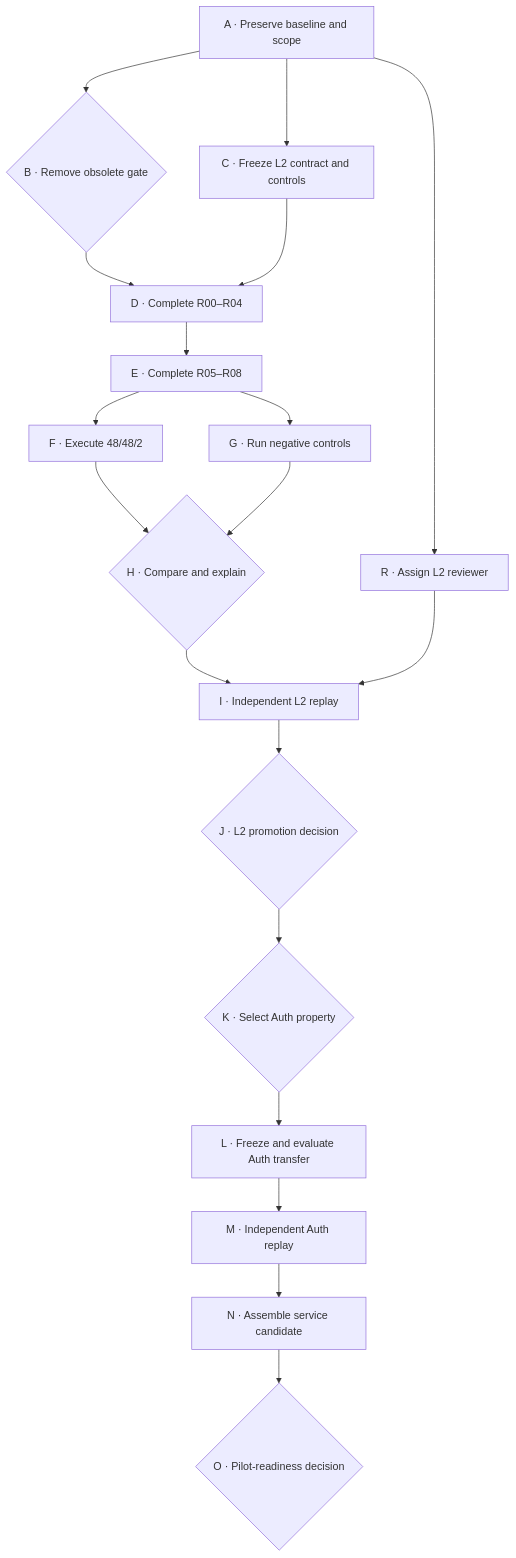
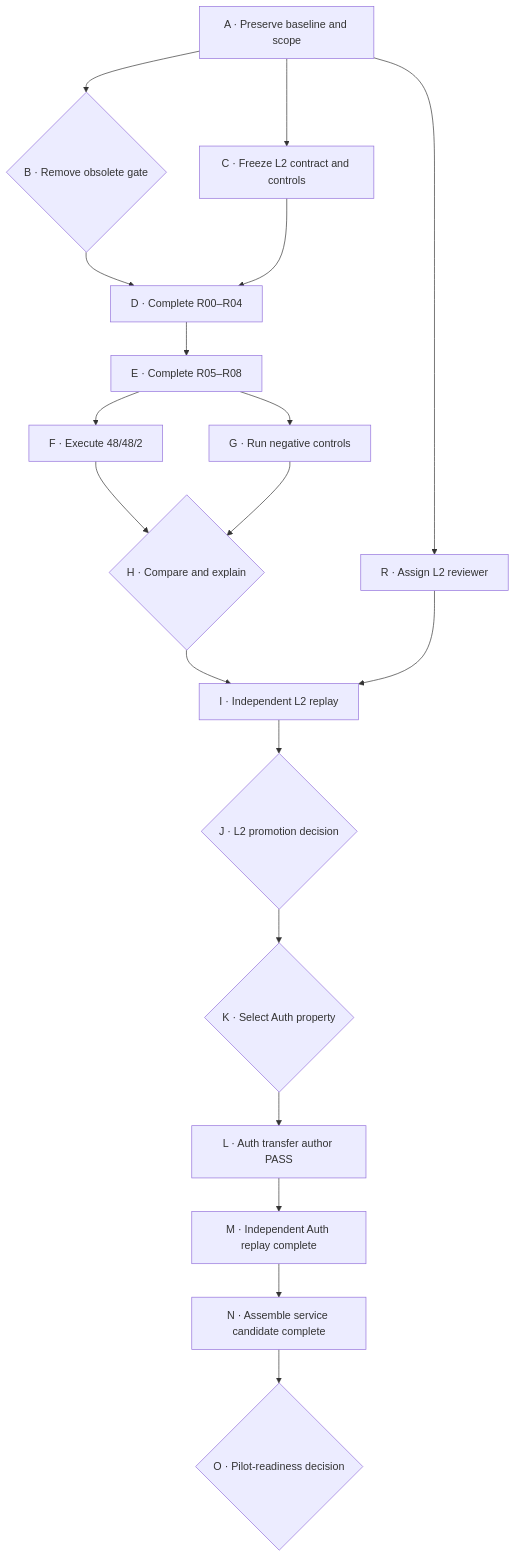
The diagram in implementation/domainspec-v2/development/evolvable-validation-framework/repair-assurance-expansion-plan-v1/DAG.md (vrondelli/cyberAlchemy-v2), drawn with Mermaid before and after one commit. The commit also changed other lines of this file and 1375 other files, not shown here.

````diff
--- a/implementation/domainspec-v2/development/evolvable-validation-framework/repair-assurance-expansion-plan-v1/DAG.md
+++ b/implementation/domainspec-v2/development/evolvable-validation-framework/repair-assurance-expansion-plan-v1/DAG.md
@@ -7,21 +7,21 @@
 ```mermaid
 flowchart TD
   A["A · Preserve baseline and scope"] --> B{"B · Remove obsolete gate"}
   A --> C["C · Freeze L2 contract and controls"]
   B --> D["D · Complete R00–R04"]
   C --> D
   D --> E["E · Complete R05–R08"]
   E --> F["F · Execute 48/48/2"]
   E --> G["G · Run negative controls"]
   F --> H{"H · Compare and explain"}
   G --> H
   A --> R["R · Assign L2 reviewer"]
   H --> I["I · Independent L2 replay"]
   R --> I
   I --> J{"J · L2 promotion decision"}
   J --> K{"K · Select Auth property"}
-  K --> L["L · Freeze and evaluate Auth transfer"]
-  L --> M["M · Independent Auth replay"]
-  M --> N["N · Assemble service candidate"]
+  K --> L["L · Auth transfer author PASS"]
+  L --> M["M · Independent Auth replay complete"]
+  M --> N["N · Assemble service candidate complete"]
   N --> O{"O · Pilot-readiness decision"}
 ```
````
